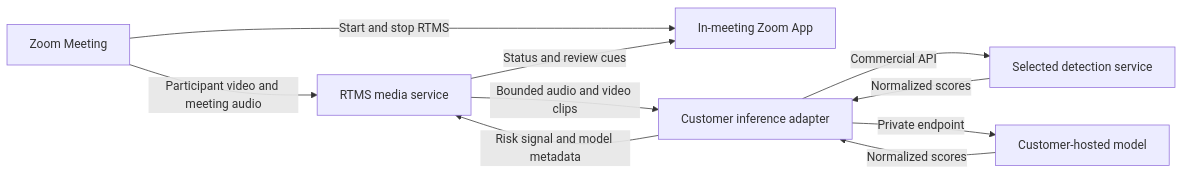
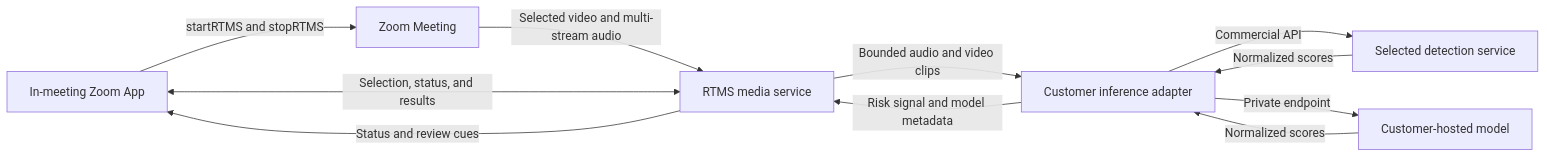
The diagram in blueprints/detect-deepfakes-in-meetings/architecture.mmd (zoom/blueprints), drawn with Mermaid before and after one commit. The commit also changed 1 other file, not shown here.

Commit message:
Improve meeting deepfake review blueprint

```diff
--- a/blueprints/detect-deepfakes-in-meetings/architecture.mmd
+++ b/blueprints/detect-deepfakes-in-meetings/architecture.mmd
@@ -1,10 +1,11 @@
 flowchart LR
-    A[Zoom Meeting] -->|Start and stop RTMS| B[In-meeting Zoom App]
-    A -->|Participant video and meeting audio| C[RTMS media service]
+    B[In-meeting Zoom App] -->|startRTMS and stopRTMS| A[Zoom Meeting]
+    A -->|Selected video and multi-stream audio| C[RTMS media service]
+    B <-->|Selection, status, and results| C
     C -->|Bounded audio and video clips| D[Customer inference adapter]
     D -->|Commercial API| E[Selected detection service]
     D -->|Private endpoint| F[Customer-hosted model]
     E -->|Normalized scores| D
     F -->|Normalized scores| D
     D -->|Risk signal and model metadata| C
     C -->|Status and review cues| B
```
